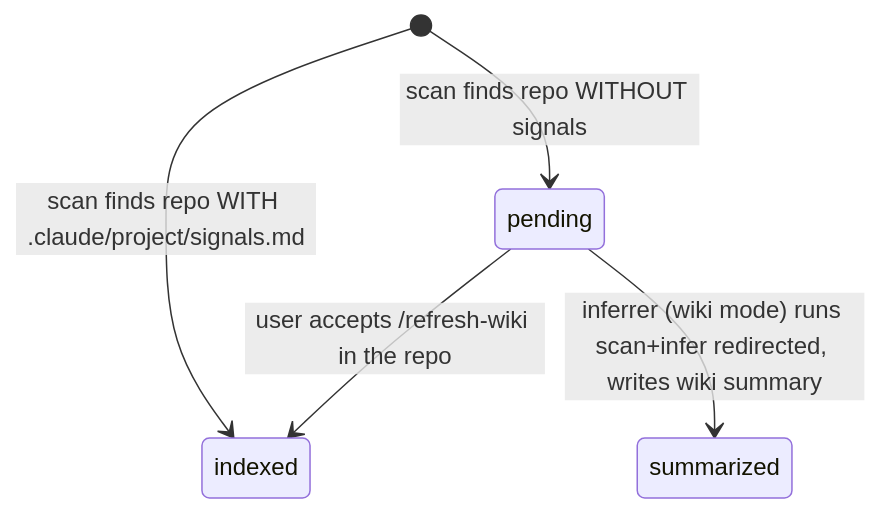
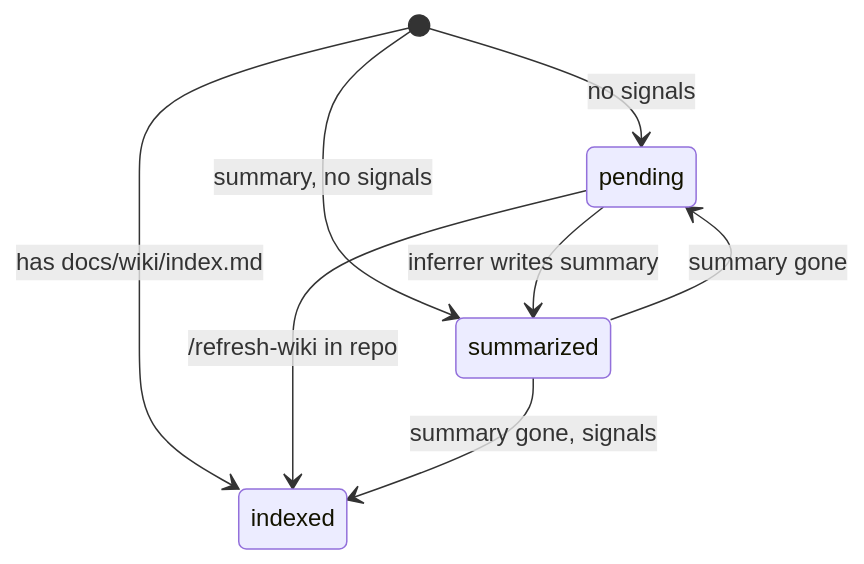
One commit to damusix/atomic-claude changed the second of 3 diagrams in docs/design/wiki.md. Above: the diagram before and after it, drawn with Mermaid. The commit also changed other lines of this file and 11 other files, not shown here.

````diff
--- a/docs/design/wiki.md
+++ b/docs/design/wiki.md
@@ -49,7 +73,10 @@
 ```mermaid
 stateDiagram-v2
-    [*] --> indexed: scan finds repo WITH .claude/project/signals.md
-    [*] --> pending: scan finds repo WITHOUT signals
-    pending --> summarized: inferrer (wiki mode) runs scan+infer redirected, writes wiki summary
-    pending --> indexed: user accepts /refresh-wiki in the repo
+    [*] --> indexed: has docs/wiki/index.md
+    [*] --> pending: no signals
+    [*] --> summarized: summary, no signals
+    pending --> summarized: inferrer writes summary
+    pending --> indexed: /refresh-wiki in repo
+    summarized --> indexed: summary gone, signals
+    summarized --> pending: summary gone
 ```
````
